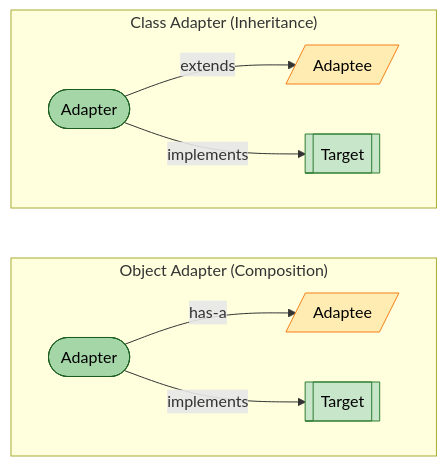
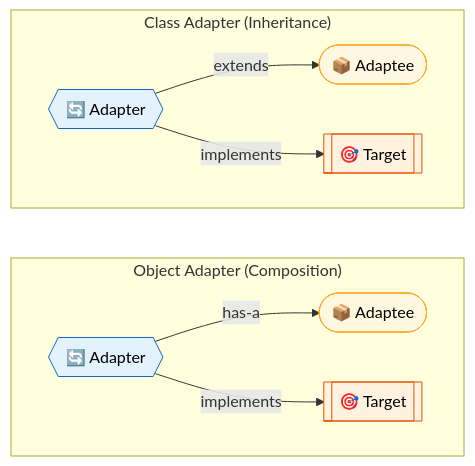
One commit to saivamsikaruturi/vamsilabs-dev-notes-main changed the fourth of 4 diagrams in docs/designpatterns/structuralDesignPatterns/AdapterDesignPattern.md. Above: the diagram before and after it, drawn with Mermaid. The commit also changed other lines of this file and 42 other files, not shown here.

````diff
--- a/docs/designpatterns/structuralDesignPatterns/AdapterDesignPattern.md
+++ b/docs/designpatterns/structuralDesignPatterns/AdapterDesignPattern.md
@@ -76,21 +69,21 @@
 ```mermaid
 flowchart LR
-    subgraph ObjectAdapter["Object Adapter (Composition)"]
+    subgraph OA["Object Adapter (Composition)"]
         direction LR
-        OA_Adapter(["Adapter"]) -->|has-a| OA_Adaptee[/"Adaptee"/]
-        OA_Adapter -->|implements| OA_Target[["Target"]]
+        OA_Adapter{{"🔄 Adapter"}} -->|"has-a"| OA_Adaptee(["📦 Adaptee"])
+        OA_Adapter -->|"implements"| OA_Target[["🎯 Target"]]
     end
 
-    subgraph ClassAdapter["Class Adapter (Inheritance)"]
+    subgraph CA["Class Adapter (Inheritance)"]
         direction LR
-        CA_Adapter(["Adapter"]) -->|extends| CA_Adaptee[/"Adaptee"/]
-        CA_Adapter -->|implements| CA_Target[["Target"]]
+        CA_Adapter{{"🔄 Adapter"}} -->|"extends"| CA_Adaptee(["📦 Adaptee"])
+        CA_Adapter -->|"implements"| CA_Target[["🎯 Target"]]
     end
 
-    style OA_Adapter fill:#a5d6a7,stroke:#1b5e20,color:#000
-    style OA_Adaptee fill:#ffecb3,stroke:#f57f17,color:#000
-    style OA_Target fill:#c8e6c9,stroke:#2e7d32,color:#000
-    style CA_Adapter fill:#a5d6a7,stroke:#1b5e20,color:#000
-    style CA_Adaptee fill:#ffecb3,stroke:#f57f17,color:#000
-    style CA_Target fill:#c8e6c9,stroke:#2e7d32,color:#000
+    style OA_Adapter fill:#E3F2FD,stroke:#1565C0,color:#000
+    style OA_Adaptee fill:#FFF8E1,stroke:#F9A825,color:#000
+    style OA_Target fill:#FFF3E0,stroke:#E65100,color:#000
+    style CA_Adapter fill:#E3F2FD,stroke:#1565C0,color:#000
+    style CA_Adaptee fill:#FFF8E1,stroke:#F9A825,color:#000
+    style CA_Target fill:#FFF3E0,stroke:#E65100,color:#000
 ```
````
